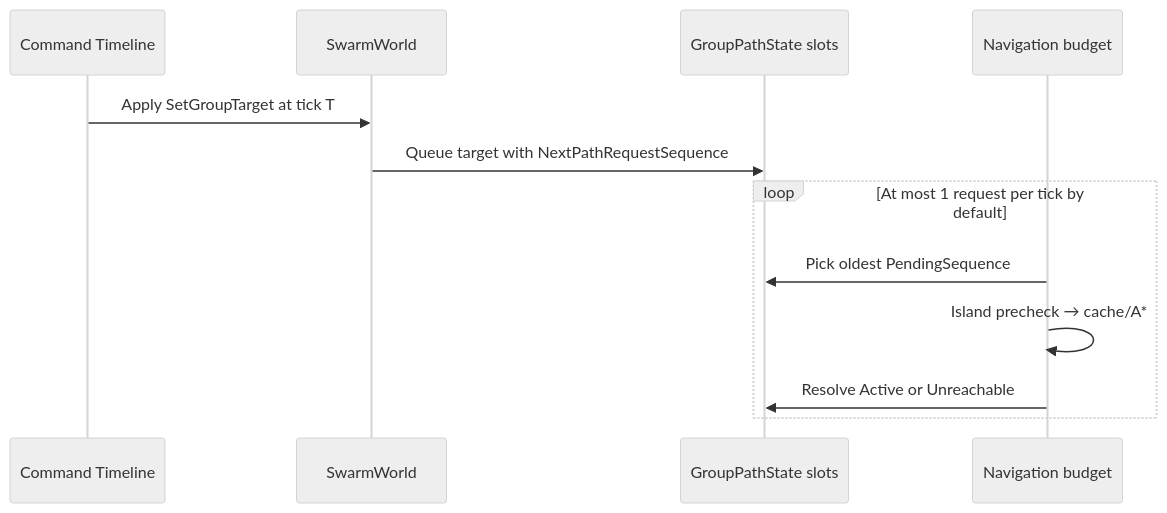
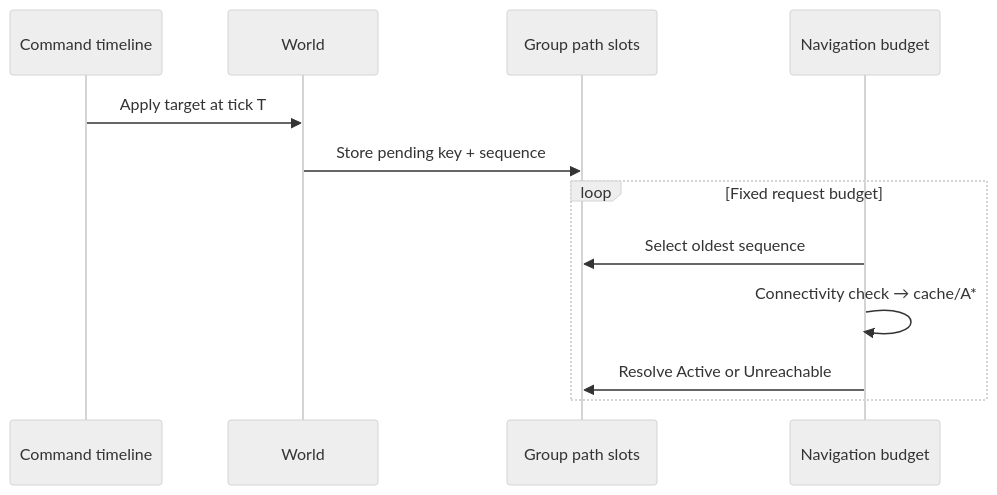
The first of 2 diagrams in Docs/DETERMINISM_AND_NETCODE.md (futuredo/swarm-ecs-sandbox), drawn with Mermaid (neutral theme) before and after one commit. The commit also changed other lines of this file and 26 other files, not shown here.

````diff
--- a/Docs/DETERMINISM_AND_NETCODE.md
+++ b/Docs/DETERMINISM_AND_NETCODE.md
@@ -75,14 +83,14 @@
 ```mermaid
 sequenceDiagram
-    participant Cmd as Command Timeline
-    participant W as SwarmWorld
-    participant Q as GroupPathState slots
+    participant Cmd as Command timeline
+    participant W as World
+    participant Q as Group path slots
     participant Nav as Navigation budget
-    Cmd->>W: Apply SetGroupTarget at tick T
-    W->>Q: Queue target with NextPathRequestSequence
-    loop At most 1 request per tick by default
-        Nav->>Q: Pick oldest PendingSequence
-        Nav->>Nav: Island precheck → cache/A*
+    Cmd->>W: Apply target at tick T
+    W->>Q: Store pending key + sequence
+    loop Fixed request budget
+        Nav->>Q: Select oldest sequence
+        Nav->>Nav: Connectivity check → cache/A*
         Nav->>Q: Resolve Active or Unreachable
     end
 ```
````
